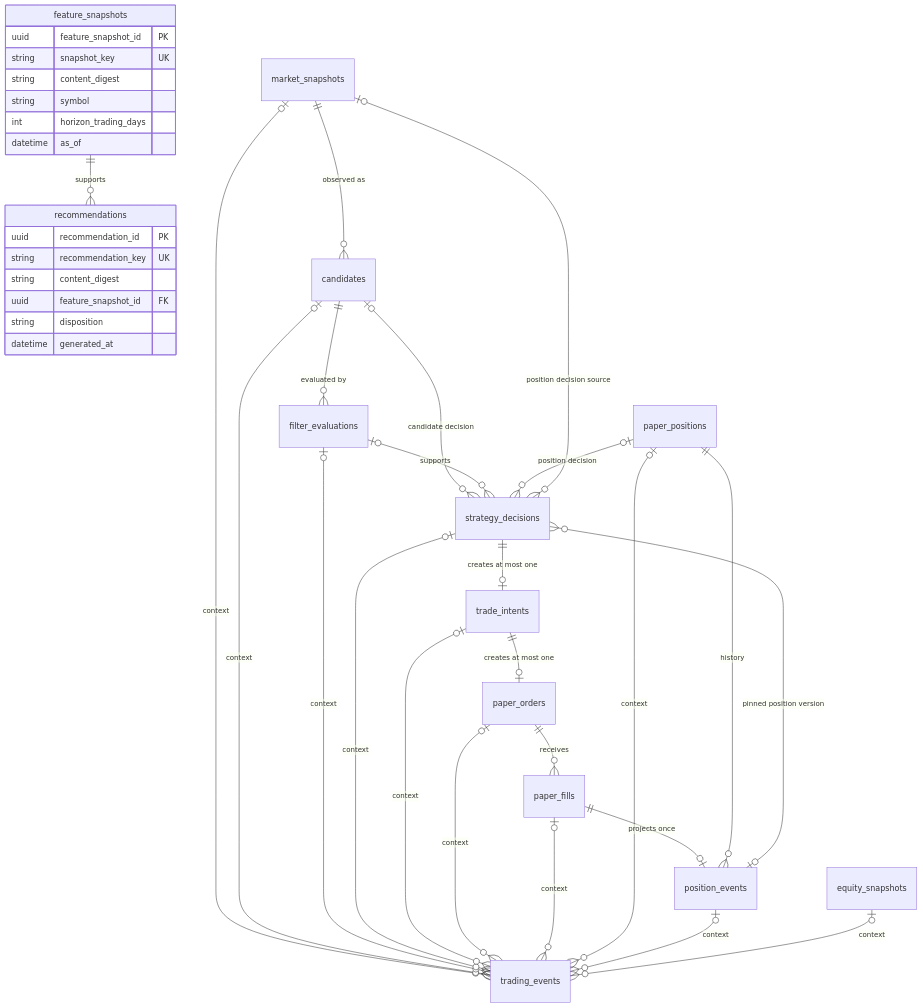
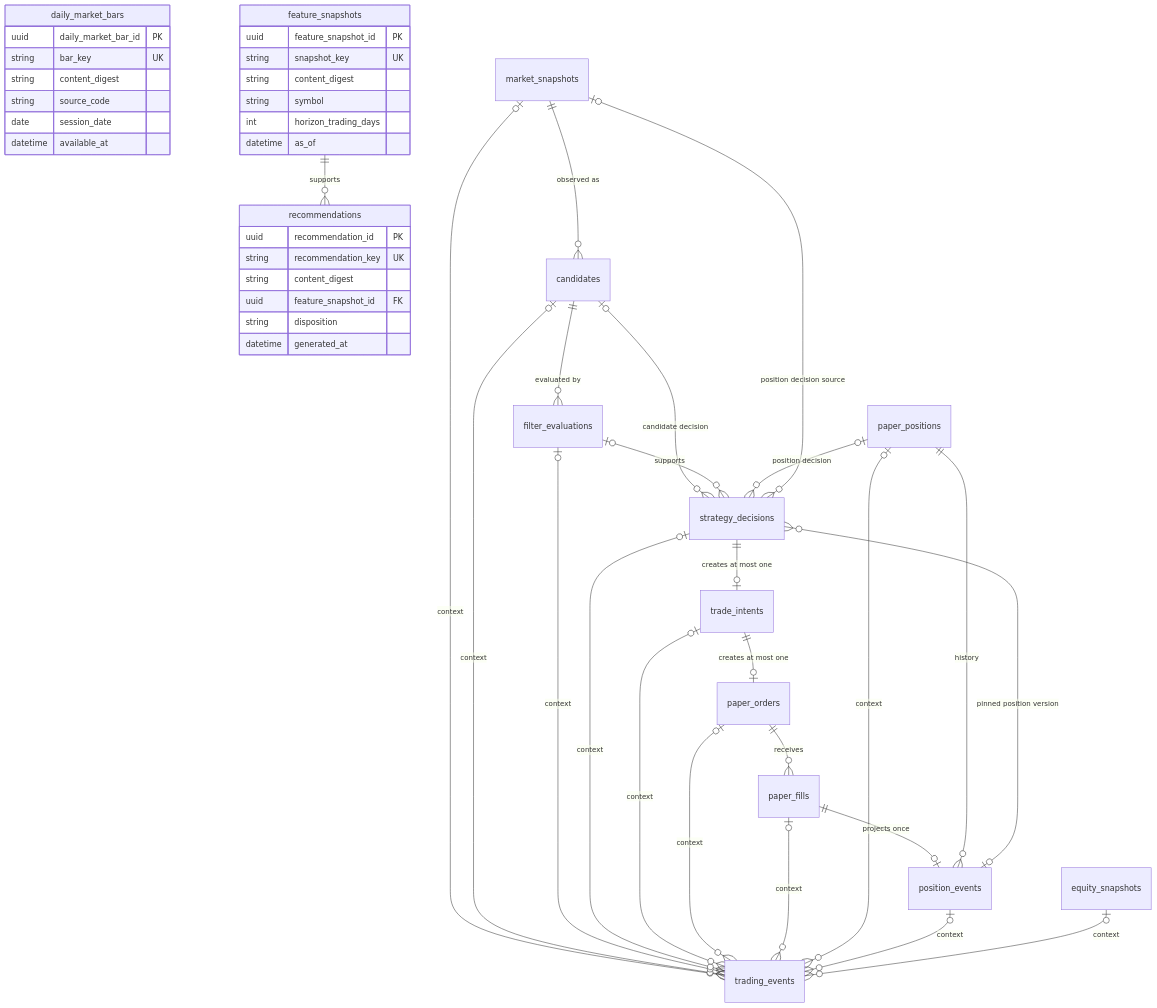
The diagram in docs/database-schema.md (geunil748-dev/auto_trading_v2), drawn with Mermaid before and after one commit. The commit also changed other lines of this file and 70 other files, not shown here.

Commit message:
Add canonical daily market bars and technical feature builder

````diff
--- a/docs/database-schema.md
+++ b/docs/database-schema.md
@@ -27,42 +28,50 @@
 ```mermaid
 erDiagram
+    daily_market_bars {
+        uuid daily_market_bar_id PK
+        string bar_key UK
+        string content_digest
+        string source_code
+        date session_date
+        datetime available_at
+    }
     feature_snapshots {
         uuid feature_snapshot_id PK
         string snapshot_key UK
         string content_digest
         string symbol
         int horizon_trading_days
         datetime as_of
     }
     recommendations {
         uuid recommendation_id PK
         string recommendation_key UK
         string content_digest
         uuid feature_snapshot_id FK
         string disposition
         datetime generated_at
     }
     feature_snapshots ||--o{ recommendations : "supports"
     market_snapshots ||--o{ candidates : "observed as"
     candidates ||--o{ filter_evaluations : "evaluated by"
     candidates o|--o{ strategy_decisions : "candidate decision"
     filter_evaluations o|--o{ strategy_decisions : "supports"
     paper_positions o|--o{ strategy_decisions : "position decision"
     market_snapshots o|--o{ strategy_decisions : "position decision source"
     position_events o|--o{ strategy_decisions : "pinned position version"
     strategy_decisions ||--o| trade_intents : "creates at most one"
     trade_intents ||--o| paper_orders : "creates at most one"
     paper_orders ||--o{ paper_fills : "receives"
     paper_fills ||--o| position_events : "projects once"
     paper_positions ||--o{ position_events : "history"
     market_snapshots o|--o{ trading_events : "context"
     candidates o|--o{ trading_events : "context"
     filter_evaluations o|--o{ trading_events : "context"
     strategy_decisions o|--o{ trading_events : "context"
     trade_intents o|--o{ trading_events : "context"
     paper_orders o|--o{ trading_events : "context"
     paper_fills o|--o{ trading_events : "context"
     paper_positions o|--o{ trading_events : "context"
     position_events o|--o{ trading_events : "context"
     equity_snapshots o|--o{ trading_events : "context"
 ```
````
